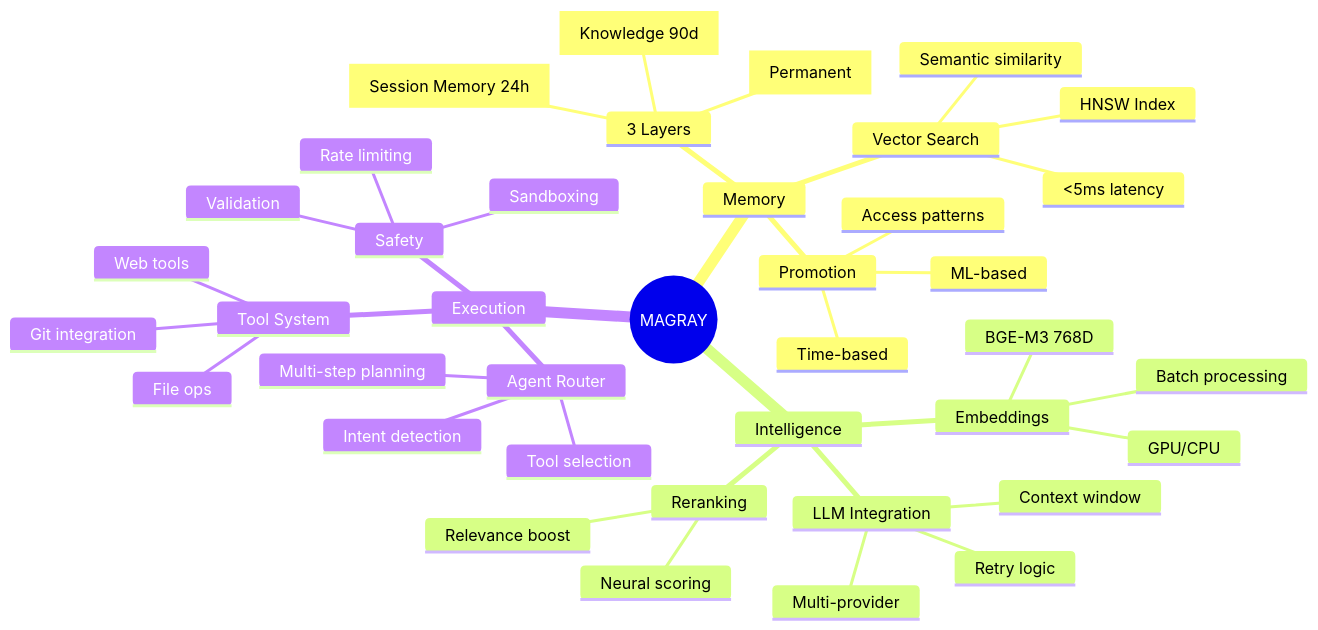
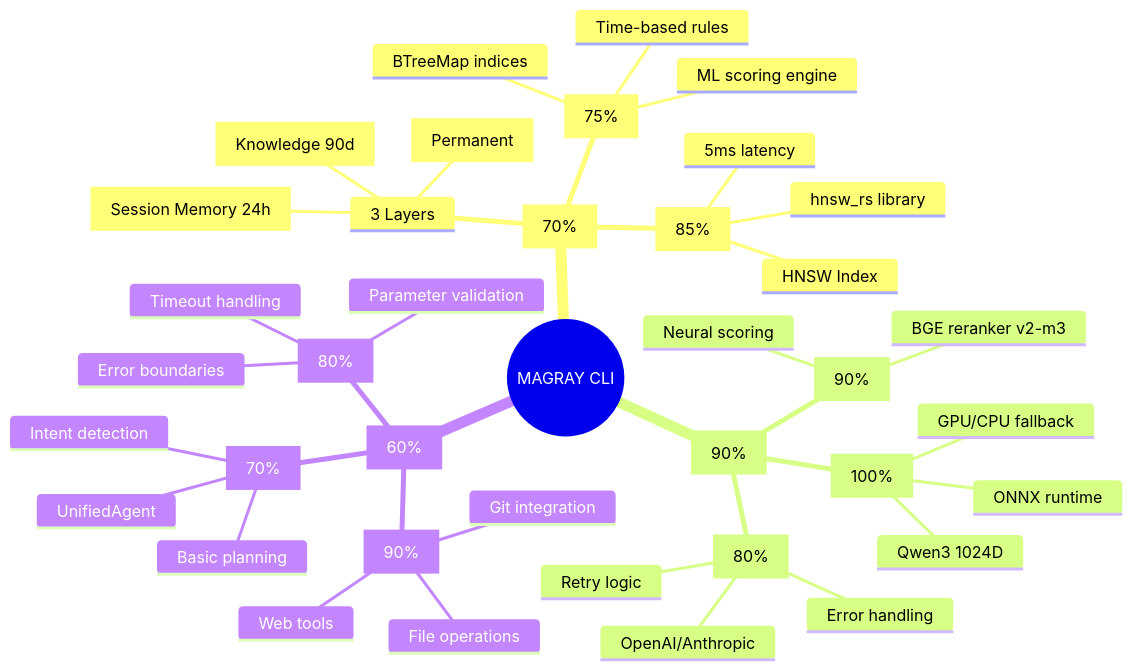
The first of 8 diagrams in docs/obsidian-v2/01_Architecture/Core Concepts - Ключевые концепции проекта.md (iMAGRAY/MAGRAY_Cli), drawn with Mermaid before and after one commit. The commit also changed other lines of this file and 50 other files, not shown here.

````diff
--- a/docs/obsidian-v2/01_Architecture/Core Concepts - Ключевые концепции проекта.md
+++ b/docs/obsidian-v2/01_Architecture/Core Concepts - Ключевые концепции проекта.md
@@ -9,44 +11,44 @@
 ```mermaid
 mindmap
-  root((MAGRAY))
-    Memory
+  root((MAGRAY CLI))
+    Memory System[70%]
       3 Layers
         Interact[Session Memory 24h]
         Insights[Knowledge 90d]
         Assets[Permanent]
-      Vector Search
+      Vector Search[85%]
         HNSW Index
-        <5ms latency
-        Semantic similarity
-      Promotion
-        Time-based
-        ML-based
-        Access patterns
+        5ms latency
+        hnsw_rs library
+      Promotion[75%]
+        Time-based rules
+        ML scoring engine
+        BTreeMap indices
     
-    Intelligence
-      Embeddings
-        BGE-M3 768D
-        GPU/CPU
-        Batch processing
-      LLM Integration
-        Multi-provider
+    AI Pipeline[90%]
+      Embeddings[100%]
+        Qwen3 1024D
+        GPU/CPU fallback
+        ONNX runtime
+      LLM Integration[80%]
+        OpenAI/Anthropic
         Retry logic
-        Context window
-      Reranking
+        Error handling
+      Reranking[90%]
+        BGE reranker v2-m3
         Neural scoring
-        Relevance boost
     
-    Execution
-      Tool System
-        File ops
+    Execution[60%]
+      Tool System[90%]
+        File operations
         Git integration
         Web tools
-      Agent Router
+      Agent Router[70%]
         Intent detection
-        Multi-step planning
-        Tool selection
-      Safety
-        Sandboxing
-        Rate limiting
-        Validation
+        Basic planning
+        UnifiedAgent
+      Safety[80%]
+        Parameter validation
+        Error boundaries
+        Timeout handling
 ```
````
